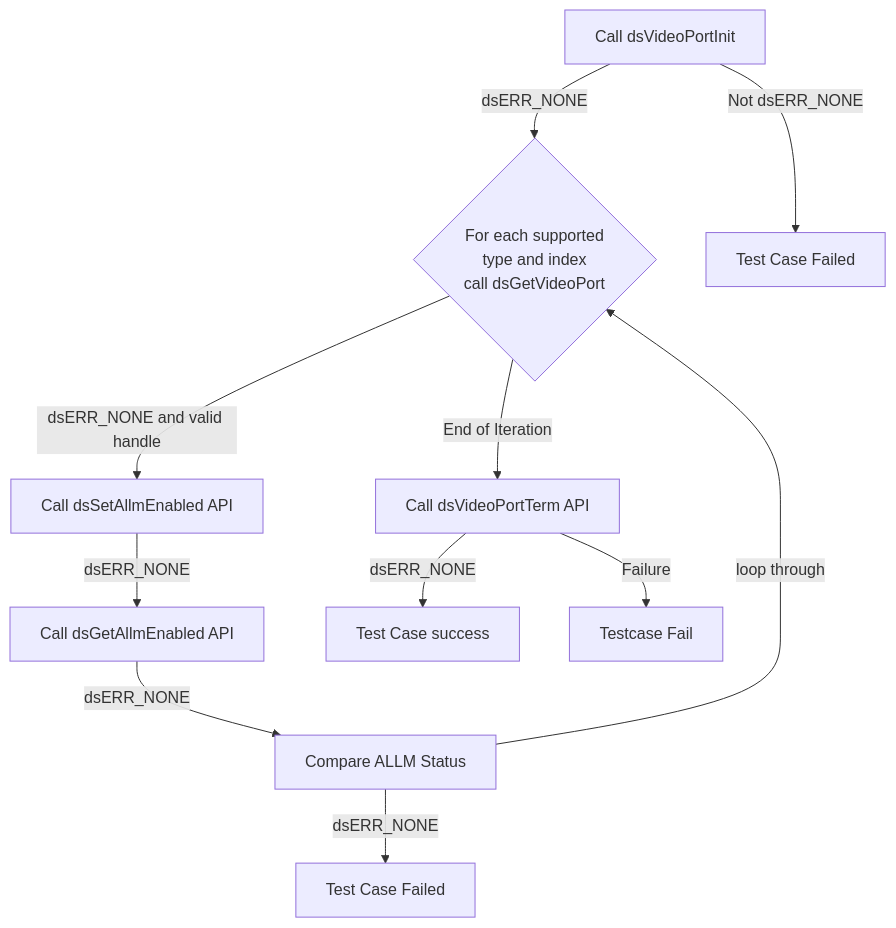
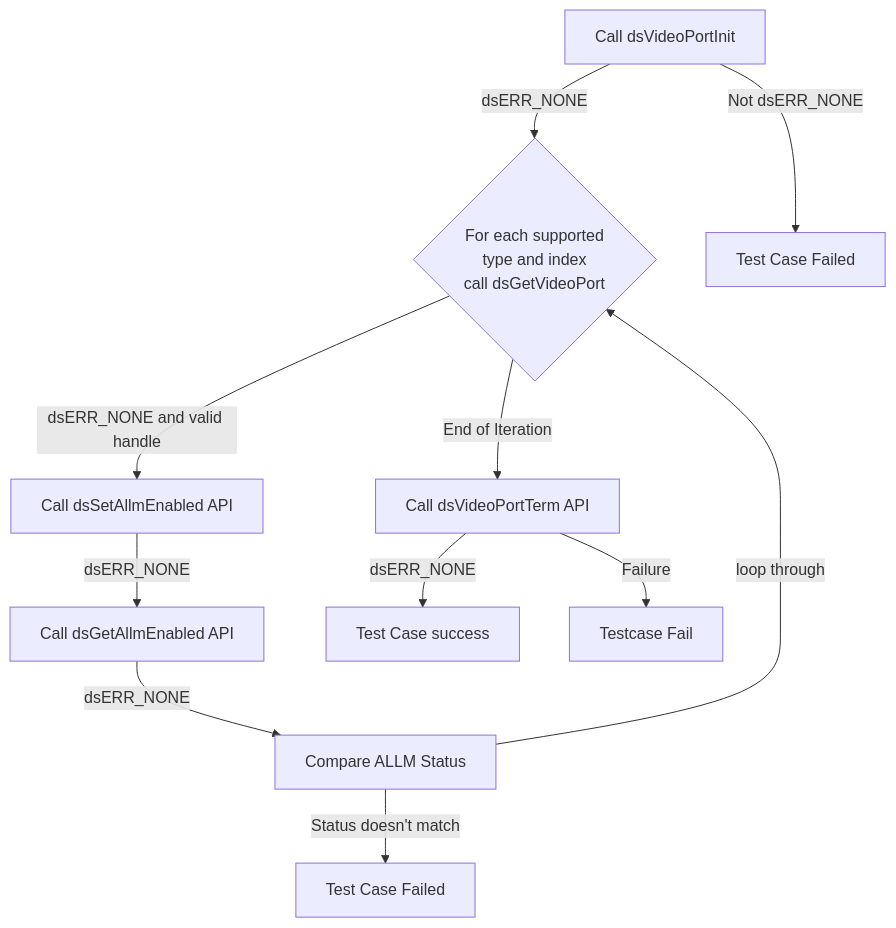
One commit to rdkcentral/rdk-halif-test-device_settings changed diagram 16 of 16 in docs/pages/ds-video-port_L2_Low-Level_TestSpecification.md. Above: the diagram before and after it, drawn with Mermaid. The commit also changed 1 other file, not shown here.

Commit message:
gh#100: dsVideoPort: Add L1 and L2 Test cases for ALLM APIs
Addressed review comments

````diff
--- a/docs/pages/ds-video-port_L2_Low-Level_TestSpecification.md
+++ b/docs/pages/ds-video-port_L2_Low-Level_TestSpecification.md
@@ -717,13 +717,13 @@
 ```mermaid
 graph TB
     Step1[Call dsVideoPortInit] -->|dsERR_NONE| Step2{For each supported<br> type and index <br> call dsGetVideoPort}
     Step1 -- "Not dsERR_NONE" --> Fail1[Test Case Failed]
     Step2 -->|dsERR_NONE and valid handle|Step3[Call dsSetAllmEnabled API]
     Step3 -->|dsERR_NONE|Step4[Call dsGetAllmEnabled API]
     Step4 -->|dsERR_NONE|Step5[Compare ALLM Status]
     Step5 -->|loop through | Step2
-    Step5 -- "dsERR_NONE" --> Fail6[Test Case Failed]
+    Step5 -- "Status doesn't match" --> Fail6[Test Case Failed]
     Step2 -->|End of Iteration|Step7[Call dsVideoPortTerm API]
     Step7 -->|dsERR_NONE|End[Test Case success]
     Step7 -->|Failure|TestcaseFail6[Testcase Fail]
 ```
````
